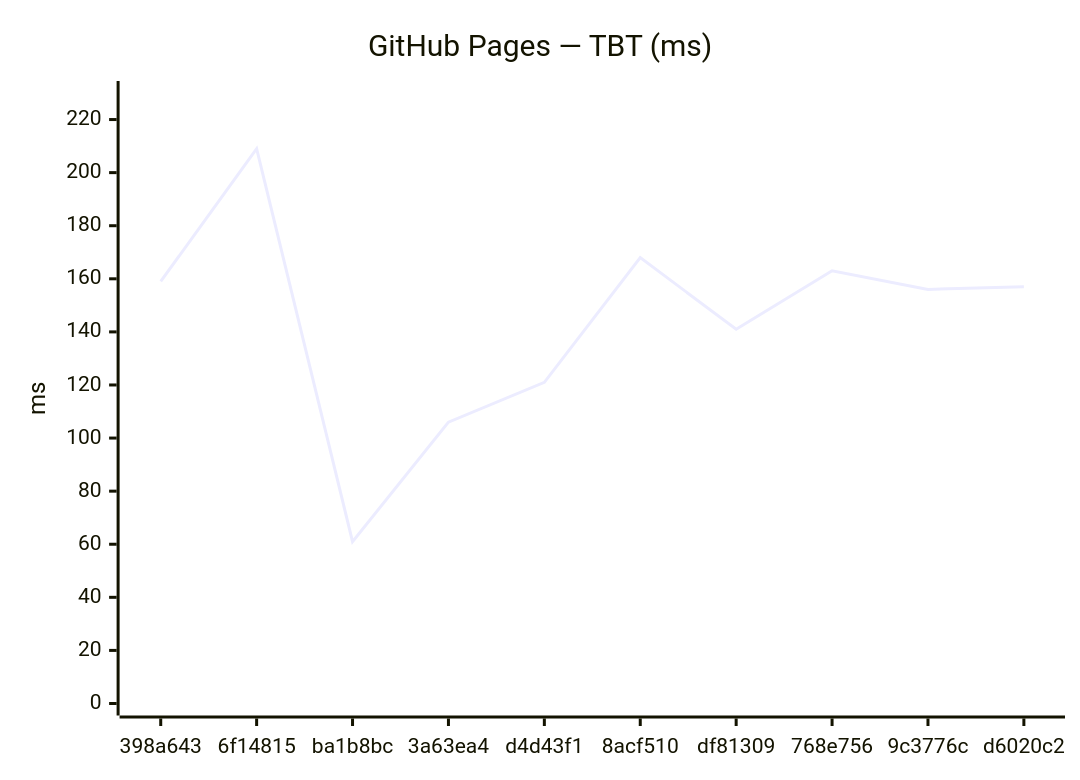
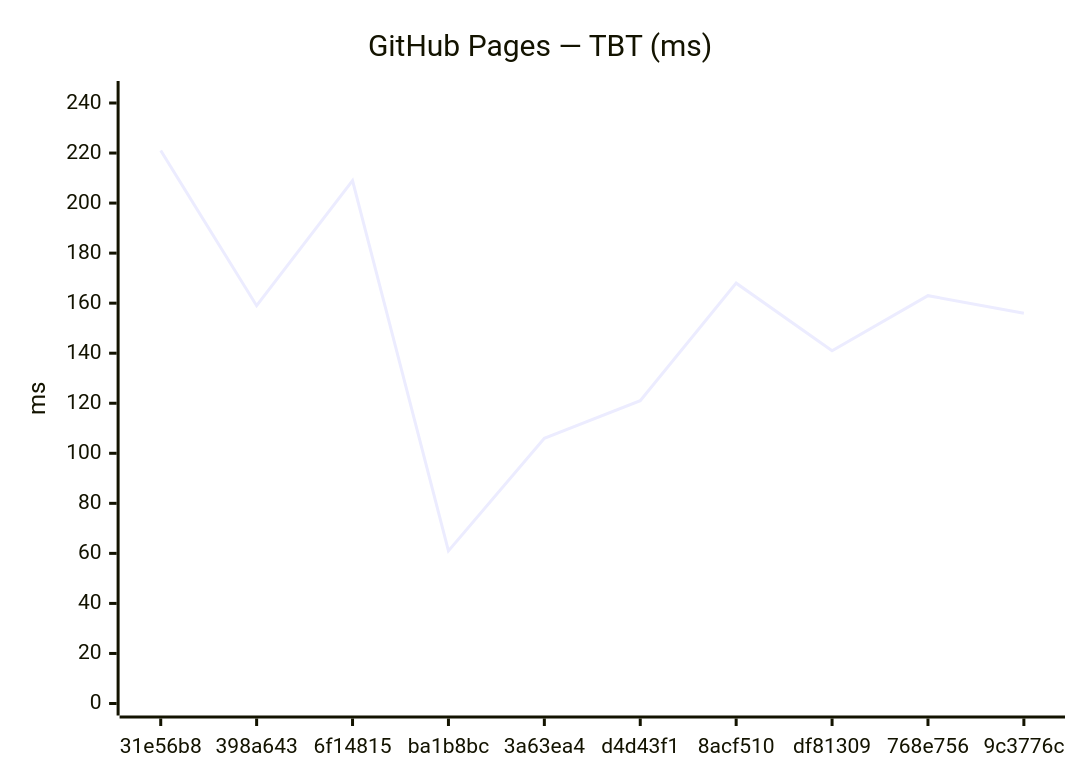
Before and after one commit to Metaheurist/Rianell: the fourth of 18 diagrams in benchmarks/compare.md, drawn with Mermaid. The commit also changed other lines of this file and 11 other files, not shown here.

````diff
--- a/benchmarks/compare.md
+++ b/benchmarks/compare.md
@@ -61,7 +61,7 @@
 ```mermaid
 xychart-beta
     title "GitHub Pages — TBT (ms)"
-    x-axis ["398a643", "6f14815", "ba1b8bc", "3a63ea4", "d4d43f1", "8acf510", "df81309", "768e756", "9c3776c", "d6020c2"]
-    y-axis "ms" 0 --> 230
-    line [159, 209, 61, 106, 121, 168, 141, 163, 156, 157]
+    x-axis ["31e56b8", "398a643", "6f14815", "ba1b8bc", "3a63ea4", "d4d43f1", "8acf510", "df81309", "768e756", "9c3776c"]
+    y-axis "ms" 0 --> 244
+    line [221, 159, 209, 61, 106, 121, 168, 141, 163, 156]
 ```
````
